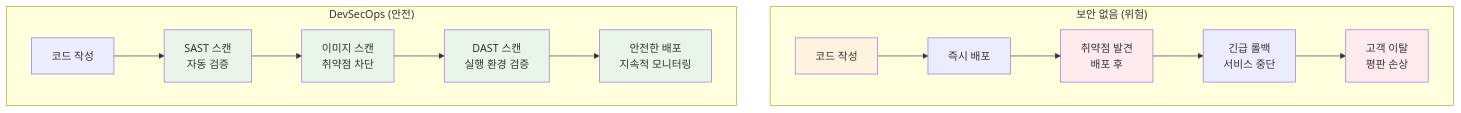
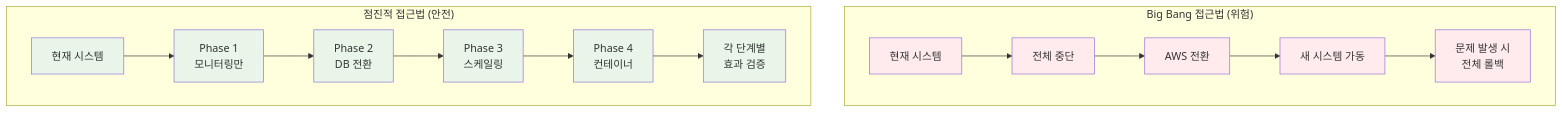
One commit to niceguy61/kdt_devops_lecture_2025 changed the second of 7 diagrams in theory/week_05/day5/session_4.md. Above: the diagram before and after it, drawn with Mermaid. The commit also changed other lines of this file, not shown here.

````diff
--- a/theory/week_05/day5/session_4.md
+++ b/theory/week_05/day5/session_4.md
@@ -34,24 +51,29 @@
 ```mermaid
 graph TB
-    subgraph "보안 없음 (위험)"
-        A1[코드 작성] --> B1[즉시 배포]
-        B1 --> C1[취약점 발견<br/>배포 후]
-        C1 --> D1[긴급 롤백<br/>서비스 중단]
-        D1 --> E1[고객 이탈<br/>평판 손상]
+    subgraph "Big Bang 접근법 (위험)"
+        A1[현재 시스템] --> A2[전체 중단]
+        A2 --> A3[AWS 전환]
+        A3 --> A4[새 시스템 가동]
+        A4 --> A5[문제 발생 시<br/>전체 롤백]
     end
     
-    subgraph "DevSecOps (안전)"
-        A2[코드 작성] --> B2[SAST 스캔<br/>자동 검증]
-        B2 --> C2[이미지 스캔<br/>취약점 차단]
-        C2 --> D2[DAST 스캔<br/>실행 환경 검증]
-        D2 --> E2[안전한 배포<br/>지속적 모니터링]
+    subgraph "점진적 접근법 (안전)"
+        B1[현재 시스템] --> B2[Phase 1<br/>모니터링만]
+        B2 --> B3[Phase 2<br/>DB 전환]
+        B3 --> B4[Phase 3<br/>스케일링]
+        B4 --> B5[Phase 4<br/>컨테이너]
+        B5 --> B6[각 단계별<br/>효과 검증]
     end
     
-    style A1 fill:#fff3e0
-    style C1 fill:#ffebee
-    style E1 fill:#ffebee
+    style A1 fill:#ffebee
+    style A2 fill:#ffebee
+    style A3 fill:#ffebee
+    style A4 fill:#ffebee
+    style A5 fill:#ffebee
+    style B1 fill:#e8f5e8
     style B2 fill:#e8f5e8
-    style C2 fill:#e8f5e8
-    style D2 fill:#e8f5e8
-    style E2 fill:#e8f5e8
+    style B3 fill:#e8f5e8
+    style B4 fill:#e8f5e8
+    style B5 fill:#e8f5e8
+    style B6 fill:#e8f5e8
 ```
````
